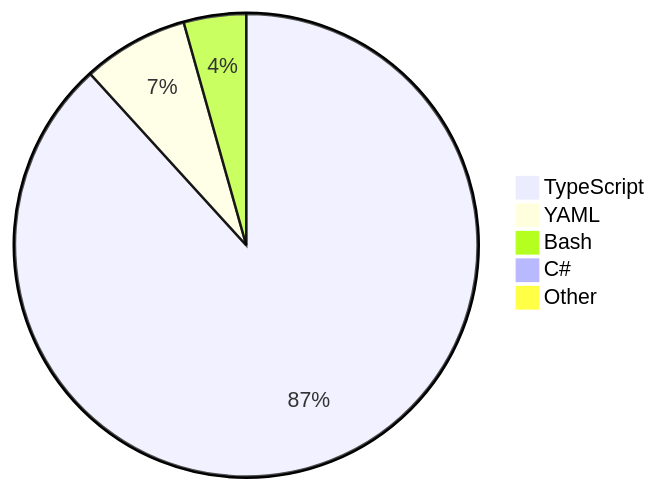
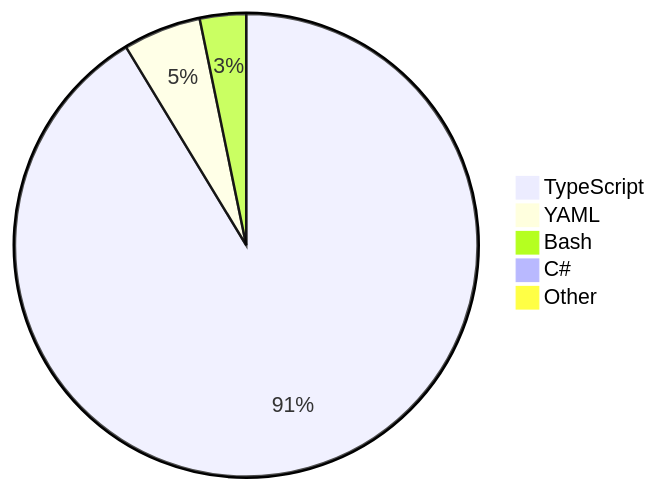
One commit to skvggor/skvggor changed the diagram in README.md. Above: the diagram before and after it, drawn with Mermaid.

Commit message:
Updated waka-readme graph with new metrics

````diff
--- a/README.md
+++ b/README.md
@@ -16,8 +16,8 @@
 ```mermaid
 pie
-    "TypeScript" : 87.1
-    "YAML" : 7.3
-    "Bash" : 4.3
-    "C#" : 0.9
-    "Other" : 0.4
+    "TypeScript" : 90.5
+    "YAML" : 5.4
+    "Bash" : 3.2
+    "C#" : 0.6
+    "Other" : 0.3
 ```
````
